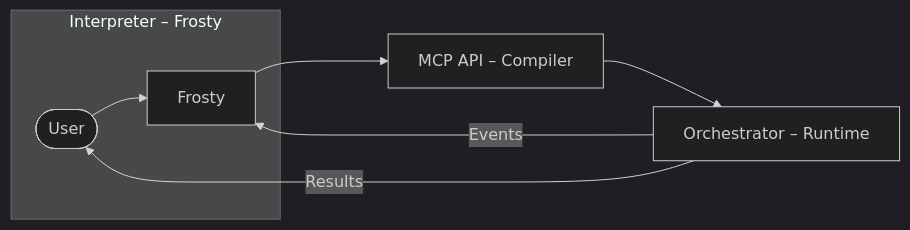
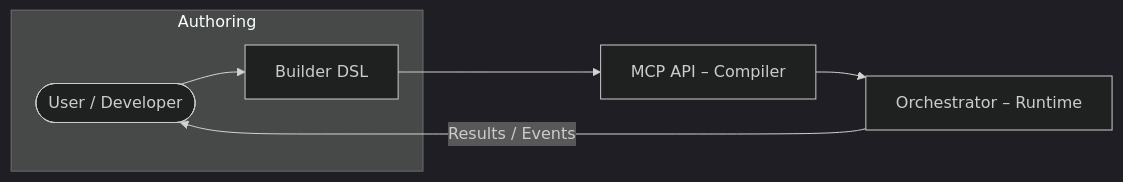
One commit to stef-writes/iceOS changed the diagram in README.md. Above: the diagram before and after it, drawn with Mermaid (dark theme). The commit also changed other lines of this file and 10 other files, not shown here.

````diff
--- a/README.md
+++ b/README.md
@@ -5,10 +5,9 @@
 ```mermaid
 flowchart LR
-    subgraph "Interpreter – Frosty"
-        U([User]) --> F[Frosty]
+    subgraph "Authoring"
+        U([User / Developer]) --> B[Builder DSL]
     end
-    F --> C[MCP API – Compiler]
+    B --> C[MCP API – Compiler]
     C --> R[Orchestrator – Runtime]
-    R -->|Events| F
-    R -->|Results| U
+    R -- Results / Events --> U
 ```
````
